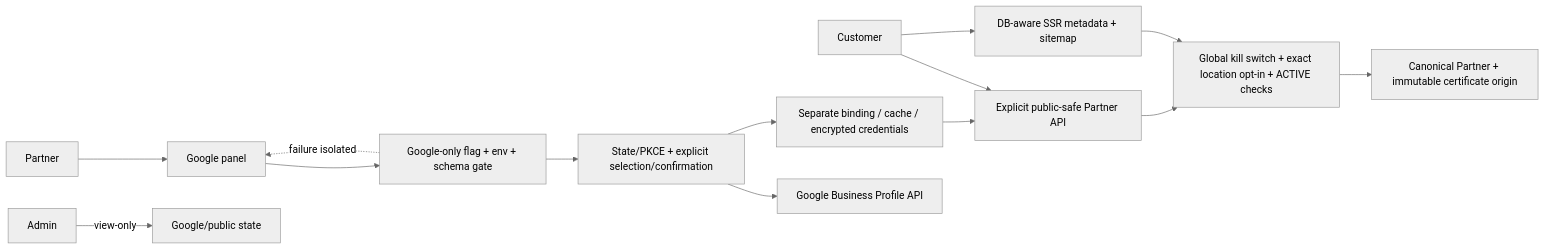
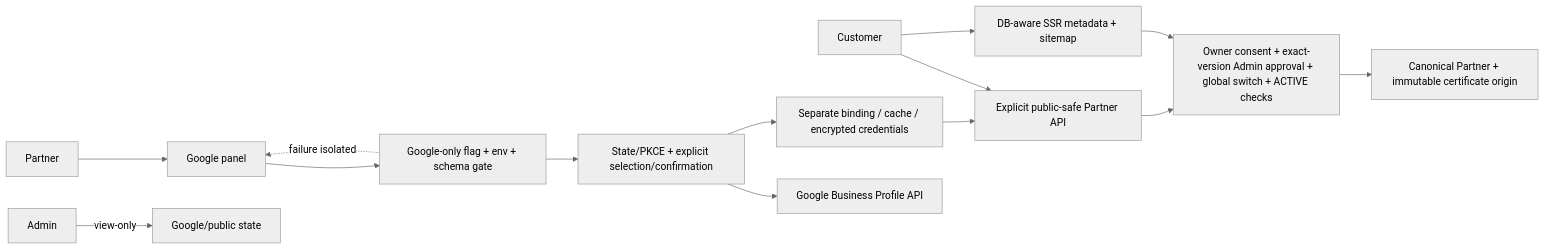
One commit to mintvaultuk-byte/mintvault-platform changed the first of 2 diagrams in .claude/controlled-code-lead/public-partner-google-overnight/architecture-after.md. Above: the diagram before and after it, drawn with Mermaid (neutral theme). The commit also changed other lines of this file and 42 other files, not shown here.

````diff
--- a/.claude/controlled-code-lead/public-partner-google-overnight/architecture-after.md
+++ b/.claude/controlled-code-lead/public-partner-google-overnight/architecture-after.md
@@ -6,16 +6,16 @@
 ```mermaid
 flowchart LR
   Customer --> PublicAPI["Explicit public-safe Partner API"]
   Customer --> SSR["DB-aware SSR metadata + sitemap"]
-  PublicAPI --> PubGate["Global kill switch + exact location opt-in + ACTIVE checks"]
+  PublicAPI --> PubGate["Owner consent + exact-version Admin approval + global switch + ACTIVE checks"]
   SSR --> PubGate
   PubGate --> Core["Canonical Partner + immutable certificate origin"]
   Partner --> GPanel["Google panel"]
   Admin -->|view-only| GState["Google/public state"]
   GPanel --> GGate["Google-only flag + env + schema gate"]
   GGate --> OAuth["State/PKCE + explicit selection/confirmation"]
   OAuth --> GBP["Google Business Profile API"]
   OAuth --> GDB["Separate binding / cache / encrypted credentials"]
   GDB --> PublicAPI
   GGate -. failure isolated .-> GPanel
 ```
````
